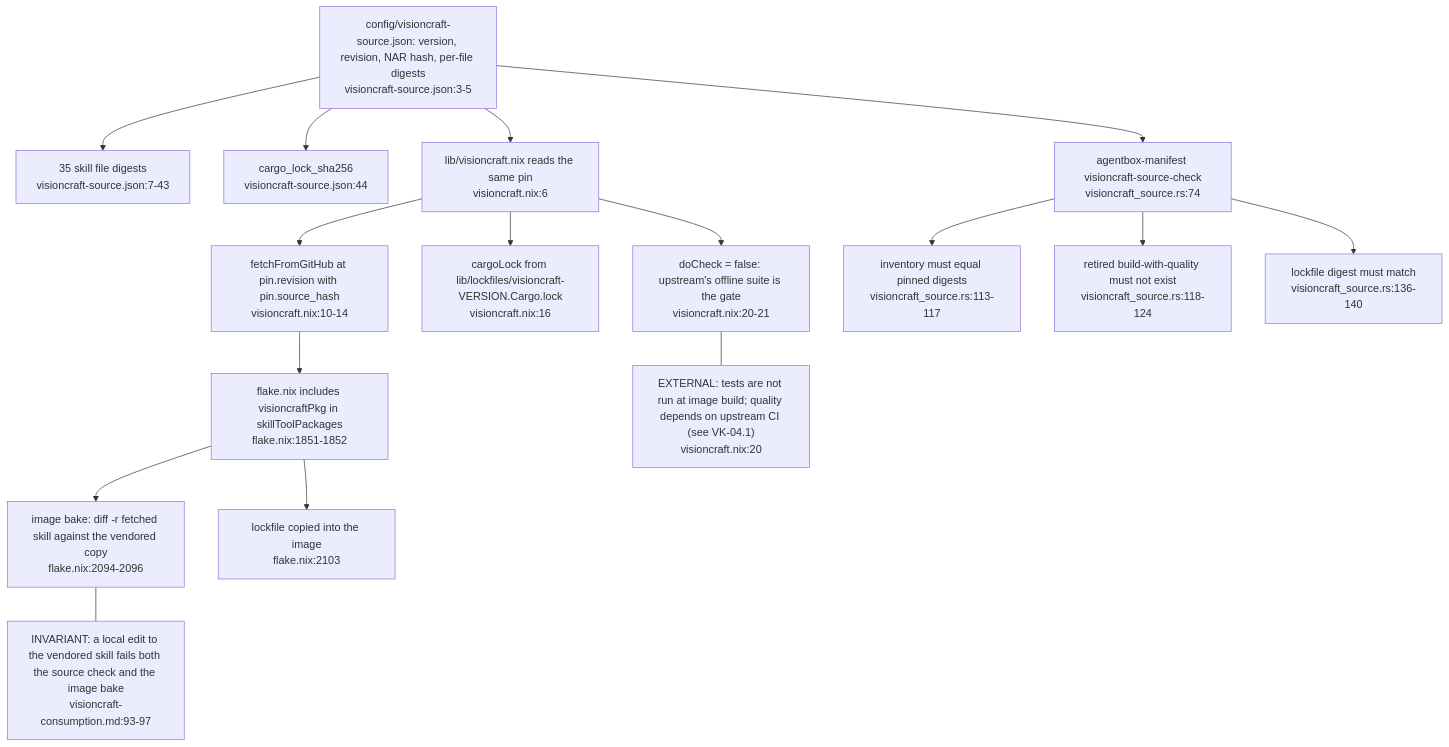
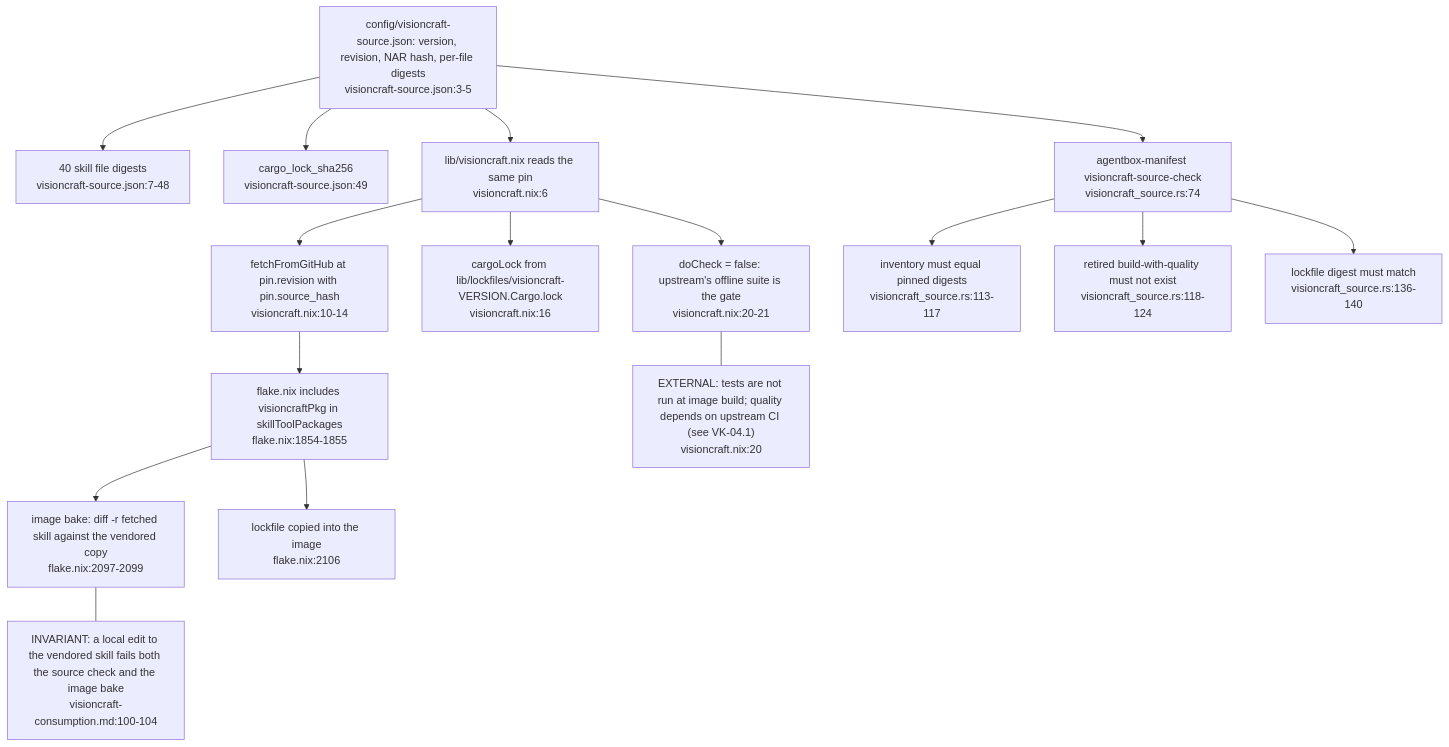
The second of 5 diagrams in docs/diagrams/visioncraft/05-browser-wasm-default-and-agentbox-consumption.md (DreamLab-AI/VisionFlow), drawn with Mermaid before and after one commit. The commit also changed other lines of this file and 36 other files, not shown here.

First line of the commit message:
docs(diagrams): re-derive and re-stamp agentbox, dream-engine, visioncraft, visiontouch and vowl topics; drop LAN addresses

````diff
--- a/docs/diagrams/visioncraft/05-browser-wasm-default-and-agentbox-consumption.md
+++ b/docs/diagrams/visioncraft/05-browser-wasm-default-and-agentbox-consumption.md
@@ -58,34 +59,34 @@
 ```mermaid
 flowchart TB
     PIN["config/visioncraft-source.json: version, revision, NAR hash, per-file digests<br/>visioncraft-source.json:3-5"]
-    FILES["35 skill file digests<br/>visioncraft-source.json:7-43"]
-    LOCK["cargo_lock_sha256<br/>visioncraft-source.json:44"]
+    FILES["40 skill file digests<br/>visioncraft-source.json:7-48"]
+    LOCK["cargo_lock_sha256<br/>visioncraft-source.json:49"]
     NIX["lib/visioncraft.nix reads the same pin<br/>visioncraft.nix:6"]
     FETCH["fetchFromGitHub at pin.revision with pin.source_hash<br/>visioncraft.nix:10-14"]
     CL["cargoLock from lib/lockfiles/visioncraft-VERSION.Cargo.lock<br/>visioncraft.nix:16"]
     DC["doCheck = false: upstream's offline suite is the gate<br/>visioncraft.nix:20-21"]
-    FL["flake.nix includes visioncraftPkg in skillToolPackages<br/>flake.nix:1851-1852"]
-    DF["image bake: diff -r fetched skill against the vendored copy<br/>flake.nix:2094-2096"]
-    LK["lockfile copied into the image<br/>flake.nix:2103"]
+    FL["flake.nix includes visioncraftPkg in skillToolPackages<br/>flake.nix:1854-1855"]
+    DF["image bake: diff -r fetched skill against the vendored copy<br/>flake.nix:2097-2099"]
+    LK["lockfile copied into the image<br/>flake.nix:2106"]
     SC["agentbox-manifest visioncraft-source-check<br/>visioncraft_source.rs:74"]
     S1["inventory must equal pinned digests<br/>visioncraft_source.rs:113-117"]
     S2["retired build-with-quality must not exist<br/>visioncraft_source.rs:118-124"]
     S3["lockfile digest must match<br/>visioncraft_source.rs:136-140"]
     PIN --> FILES
     PIN --> LOCK
     PIN --> NIX
     NIX --> FETCH
     NIX --> CL
     NIX --> DC
     FETCH --> FL
     FL --> DF
     FL --> LK
     PIN --> SC
     SC --> S1
     SC --> S2
     SC --> S3
-    N1["INVARIANT: a local edit to the vendored skill fails both the source check and the image bake<br/>visioncraft-consumption.md:93-97"]
+    N1["INVARIANT: a local edit to the vendored skill fails both the source check and the image bake<br/>visioncraft-consumption.md:100-104"]
     N2["EXTERNAL: tests are not run at image build; quality depends on upstream CI (see VK-04.1)<br/>visioncraft.nix:20"]
     DF --- N1
     DC --- N2
 ```
````
